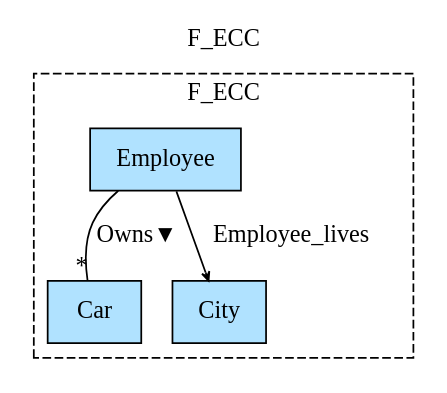
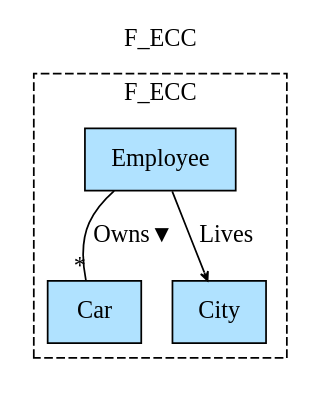
The diagram in Haskell/FragmentaTests/PersonVehicle/img/F_ECC.gv (namalio/Fragmenta), drawn with Graphviz before and after one commit. The commit also changed 94 other files, not shown here.

```diff
--- a/Haskell/FragmentaTests/PersonVehicle/img/F_ECC.gv
+++ b/Haskell/FragmentaTests/PersonVehicle/img/F_ECC.gv
@@ -1,11 +1,11 @@
 digraph {graph[label=F_ECC,labelloc=tl,labelfontsize=12];
 subgraph cluster_F_ECC{style=dashed;label=F_ECC;
 "Car"[shape=record,fillcolor=lightskyblue1,style = filled,label="Car"];
 "Employee"[shape=record,fillcolor=lightskyblue1,style = filled,label="Employee"];
 "City"[shape=record,fillcolor=lightskyblue1,style = filled,label="City"];
 
 "Employee"->"Car"[label="Owns▼",dir=none,taillabel="",headlabel="*"];
-"Employee"->"City"[label="Employee_lives",arrowhead=vee,headlabel="",arrowsize=.5];
+"Employee"->"City"[label="Lives",arrowhead=vee,headlabel="",arrowsize=.5];
 
 }
 }
```
